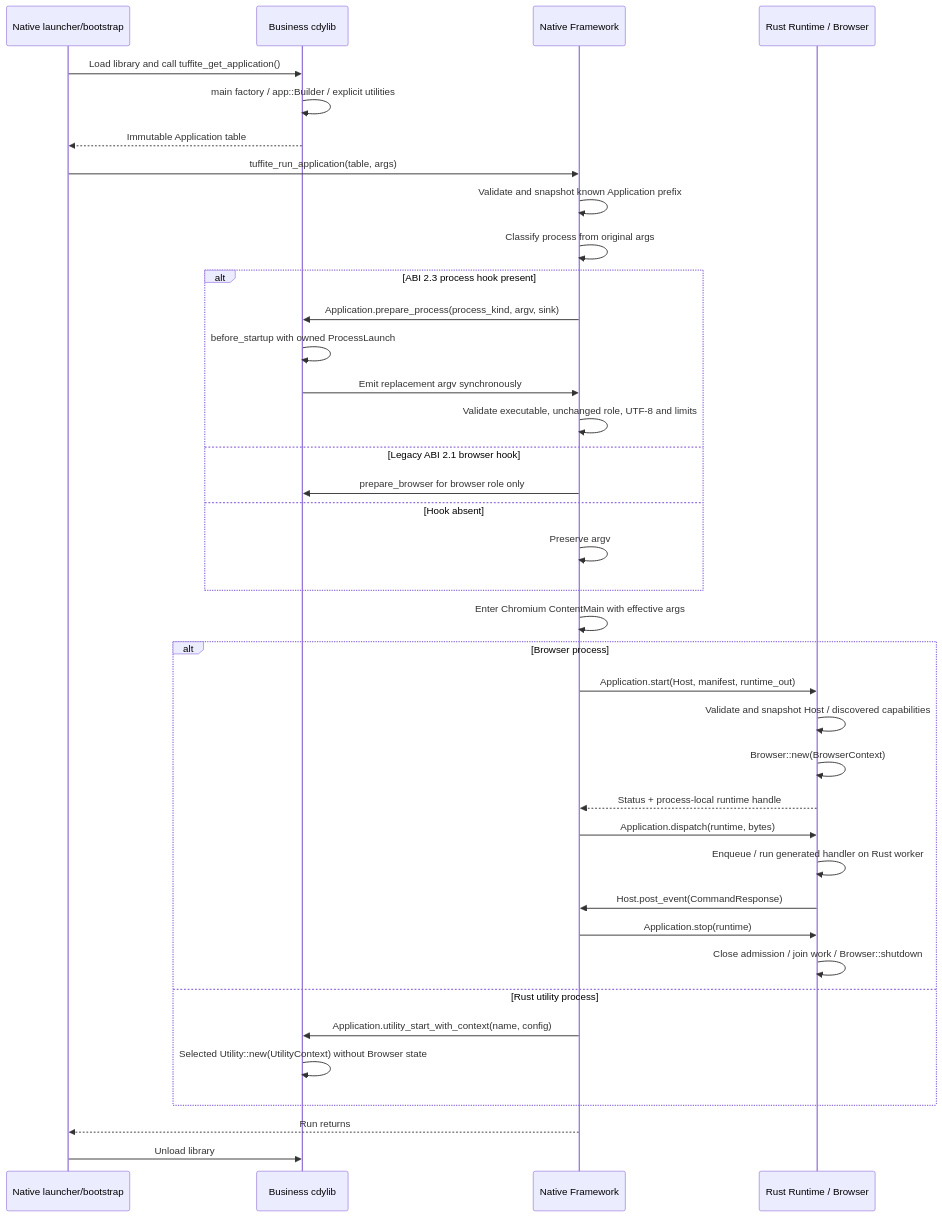
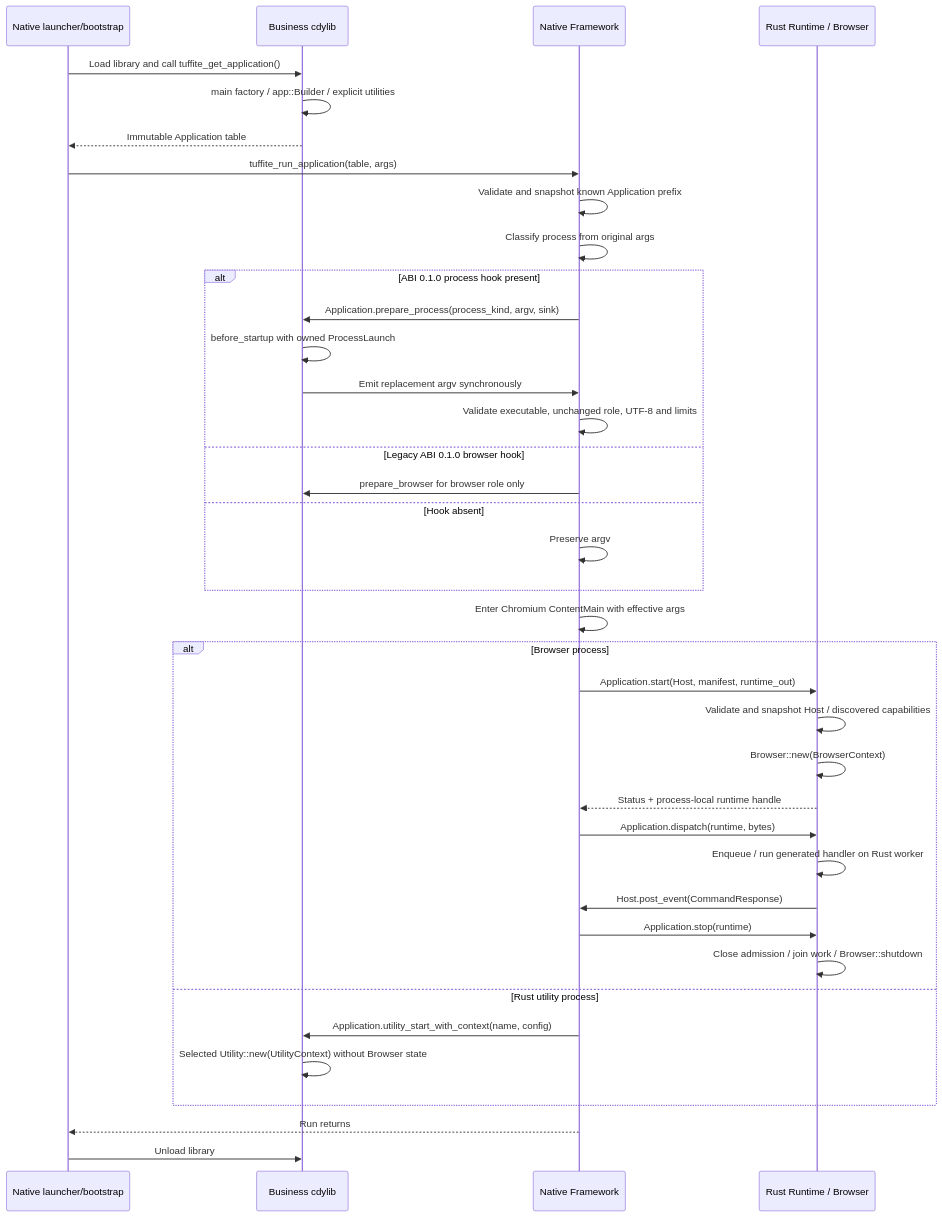
One commit to tuffite/tuffite changed the third of 7 diagrams in crates/tuffite-abi/README.md. Above: the diagram before and after it, drawn with Mermaid. The commit also changed other lines of this file and 22 other files, not shown here.

````diff
--- a/crates/tuffite-abi/README.md
+++ b/crates/tuffite-abi/README.md
@@ -336,40 +336,40 @@
 ```mermaid
 sequenceDiagram
   participant Launcher as Native launcher/bootstrap
   participant Library as Business cdylib
   participant Framework as Native Framework
   participant Runtime as Rust Runtime / Browser
   Launcher->>Library: Load library and call tuffite_get_application()
   Library->>Library: main factory / app::Builder / explicit utilities
   Library-->>Launcher: Immutable Application table
   Launcher->>Framework: tuffite_run_application(table, args)
   Framework->>Framework: Validate and snapshot known Application prefix
   Framework->>Framework: Classify process from original args
-  alt ABI 2.3 process hook present
+  alt ABI 0.1.0 process hook present
     Framework->>Library: Application.prepare_process(process_kind, argv, sink)
     Library->>Library: before_startup with owned ProcessLaunch
     Library->>Framework: Emit replacement argv synchronously
     Framework->>Framework: Validate executable, unchanged role, UTF-8 and limits
-  else Legacy ABI 2.1 browser hook
+  else Legacy ABI 0.1.0 browser hook
     Framework->>Library: prepare_browser for browser role only
   else Hook absent
     Framework->>Framework: Preserve argv
   end
   Framework->>Framework: Enter Chromium ContentMain with effective args
   alt Browser process
     Framework->>Runtime: Application.start(Host, manifest, runtime_out)
     Runtime->>Runtime: Validate and snapshot Host / discovered capabilities
     Runtime->>Runtime: Browser::new(BrowserContext)
     Runtime-->>Framework: Status + process-local runtime handle
     Framework->>Runtime: Application.dispatch(runtime, bytes)
     Runtime->>Runtime: Enqueue / run generated handler on Rust worker
     Runtime->>Framework: Host.post_event(CommandResponse)
     Framework->>Runtime: Application.stop(runtime)
     Runtime->>Runtime: Close admission / join work / Browser::shutdown
   else Rust utility process
     Framework->>Library: Application.utility_start_with_context(name, config)
     Library->>Library: Selected Utility::new(UtilityContext) without Browser state
   end
   Framework-->>Launcher: Run returns
   Launcher->>Library: Unload library
 ```
````
